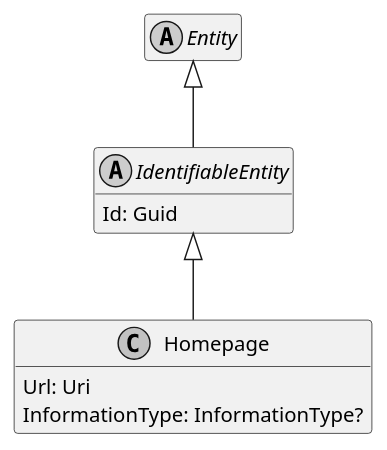
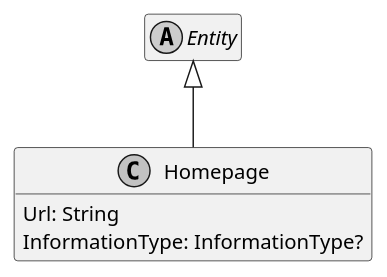
Before and after one commit to ObiWanLansi/DoofesZeug: the diagram in Documentation/Generated/Entities/DoofesZeug.Entities.ManMade.Communication/Homepage.puml, drawn with PlantUML. The commit also changed 79 other files, not shown here.

```diff
--- a/Documentation/Generated/Entities/DoofesZeug.Entities.ManMade.Communication/Homepage.puml
+++ b/Documentation/Generated/Entities/DoofesZeug.Entities.ManMade.Communication/Homepage.puml
@@ -1,22 +1,16 @@
 @startuml
 hide empty members
 skinparam monochrome true
 skinparam backgroundcolor transparent
 
 abstract class Entity {
 }
 
-Entity <|-- IdentifiableEntity
-
-abstract class IdentifiableEntity {
-    Id: Guid
-}
-
-IdentifiableEntity <|-- Homepage
+Entity <|-- Homepage
 
 class Homepage {
-    Url: Uri
+    Url: String
     InformationType: InformationType?
 }
 
 @enduml
```
